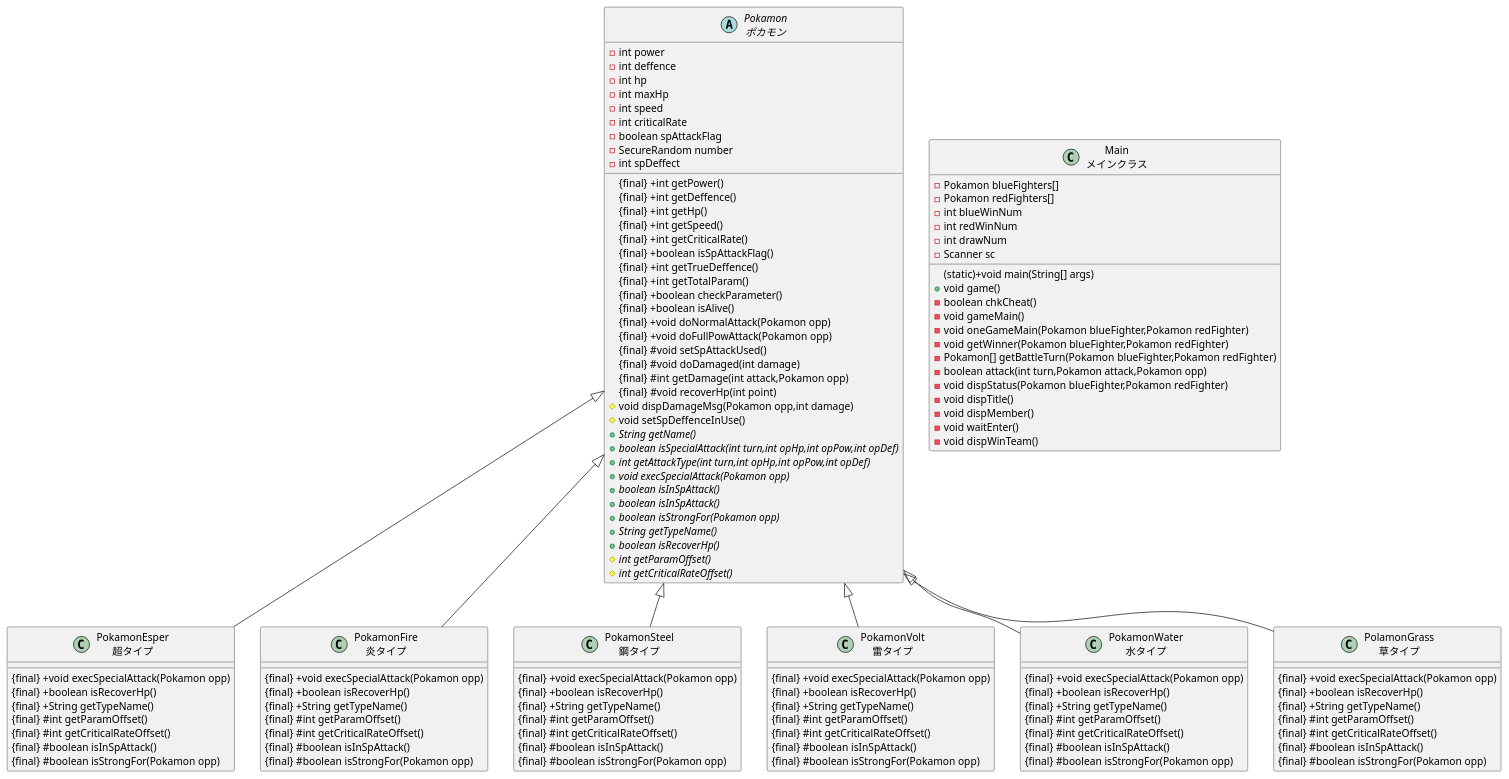
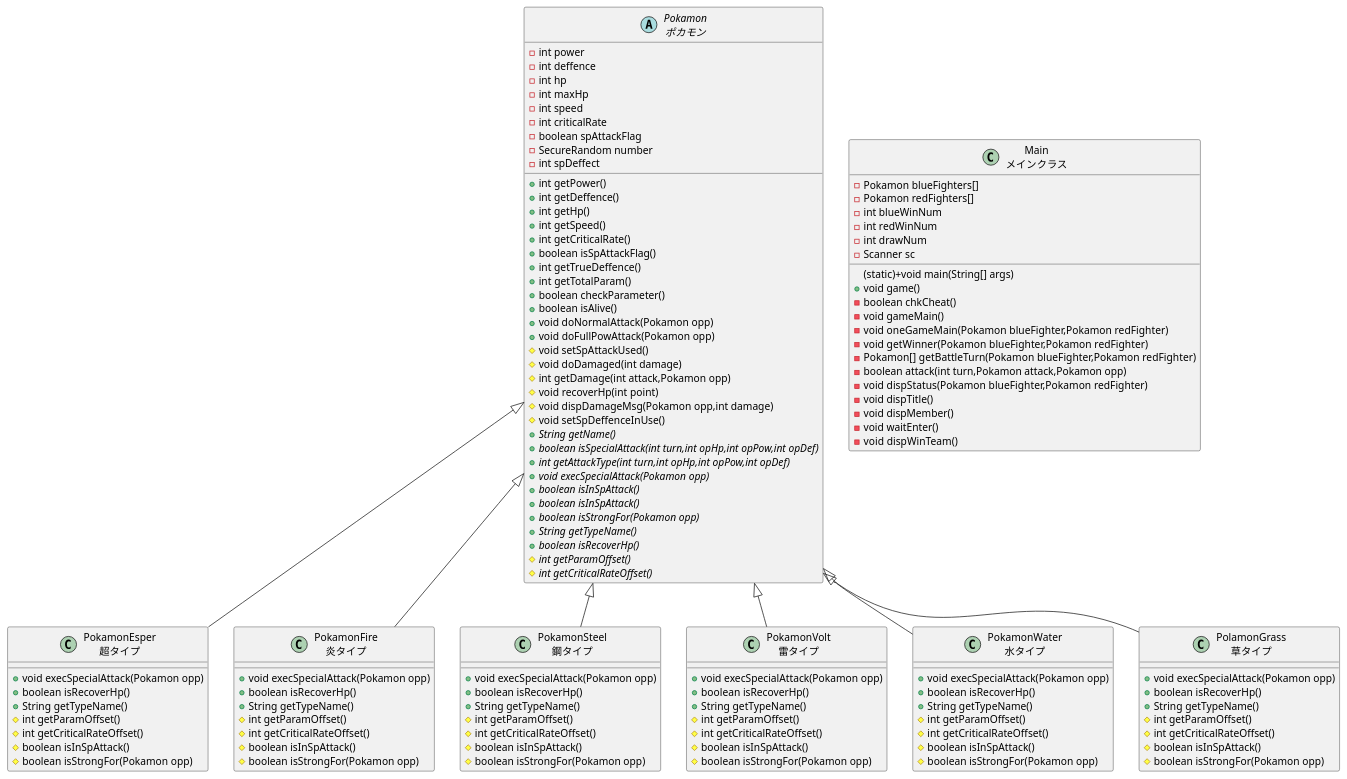
Before and after one commit to nishino-naoyuki/2021design: the diagram in Pokamon.md, drawn with PlantUML.

```diff
--- a/Pokamon.md
+++ b/Pokamon.md
@@ -10,22 +10,22 @@
   -boolean spAttackFlag
   -SecureRandom number
   -int spDeffect
-  {final} +int getPower()
-  {final} +int getDeffence()
-  {final} +int getHp()
-  {final} +int getSpeed()
-  {final} +int getCriticalRate()
-  {final} +boolean isSpAttackFlag()
-  {final} +int getTrueDeffence()
-  {final} +int getTotalParam()
-  {final} +boolean checkParameter()
-  {final} +boolean isAlive()
-  {final} +void doNormalAttack(Pokamon opp)
-  {final} +void doFullPowAttack(Pokamon opp)
-  {final} #void setSpAttackUsed()
-  {final} #void doDamaged(int damage)
-  {final} #int getDamage(int attack,Pokamon opp)
-  {final} #void recoverHp(int point)
+  +int getPower()
+  +int getDeffence()
+  +int getHp()
+  +int getSpeed()
+  +int getCriticalRate()
+  +boolean isSpAttackFlag()
+  +int getTrueDeffence()
+  +int getTotalParam()
+  +boolean checkParameter()
+  +boolean isAlive()
+  +void doNormalAttack(Pokamon opp)
+  +void doFullPowAttack(Pokamon opp)
+  #void setSpAttackUsed()
+  #void doDamaged(int damage)
+  #int getDamage(int attack,Pokamon opp)
+  #void recoverHp(int point)
   #void dispDamageMsg(Pokamon opp,int damage)
   #void setSpDeffenceInUse()
   {abstract} +String getName()
@@ -42,63 +42,63 @@
 }
 
 class "PokamonEsper\n超タイプ" as pokamonEsper{
-  {final} +void execSpecialAttack(Pokamon opp)
-  {final} +boolean isRecoverHp()
-  {final} +String getTypeName()
-  {final} #int getParamOffset()
-  {final} #int getCriticalRateOffset()
-  {final} #boolean isInSpAttack()
-  {final} #boolean isStrongFor(Pokamon opp)
+  +void execSpecialAttack(Pokamon opp)
+  +boolean isRecoverHp()
+  +String getTypeName()
+  #int getParamOffset()
+  #int getCriticalRateOffset()
+  #boolean isInSpAttack()
+  #boolean isStrongFor(Pokamon opp)
 }
 
 class "PokamonFire\n炎タイプ" as pokamonFire{
-  {final} +void execSpecialAttack(Pokamon opp)
-  {final} +boolean isRecoverHp()
-  {final} +String getTypeName()
-  {final} #int getParamOffset()
-  {final} #int getCriticalRateOffset()
-  {final} #boolean isInSpAttack()
-  {final} #boolean isStrongFor(Pokamon opp)
+  +void execSpecialAttack(Pokamon opp)
+  +boolean isRecoverHp()
+  +String getTypeName()
+  #int getParamOffset()
+  #int getCriticalRateOffset()
+  #boolean isInSpAttack()
+  #boolean isStrongFor(Pokamon opp)
 }
 
 class "PokamonSteel\n鋼タイプ" as pokamonSteel{
-  {final} +void execSpecialAttack(Pokamon opp)
-  {final} +boolean isRecoverHp()
-  {final} +String getTypeName()
-  {final} #int getParamOffset()
-  {final} #int getCriticalRateOffset()
-  {final} #boolean isInSpAttack()
-  {final} #boolean isStrongFor(Pokamon opp)
+  +void execSpecialAttack(Pokamon opp)
+  +boolean isRecoverHp()
+  +String getTypeName()
+  #int getParamOffset()
+  #int getCriticalRateOffset()
+  #boolean isInSpAttack()
+  #boolean isStrongFor(Pokamon opp)
 }
 
 class "PokamonVolt\n雷タイプ" as pokamonVolt{
-  {final} +void execSpecialAttack(Pokamon opp)
-  {final} +boolean isRecoverHp()
-  {final} +String getTypeName()
-  {final} #int getParamOffset()
-  {final} #int getCriticalRateOffset()
-  {final} #boolean isInSpAttack()
-  {final} #boolean isStrongFor(Pokamon opp)
+  +void execSpecialAttack(Pokamon opp)
+  +boolean isRecoverHp()
+  +String getTypeName()
+  #int getParamOffset()
+  #int getCriticalRateOffset()
+  #boolean isInSpAttack()
+  #boolean isStrongFor(Pokamon opp)
 }
 
 class "PokamonWater\n水タイプ" as pokamonWater{
-  {final} +void execSpecialAttack(Pokamon opp)
-  {final} +boolean isRecoverHp()
-  {final} +String getTypeName()
-  {final} #int getParamOffset()
-  {final} #int getCriticalRateOffset()
-  {final} #boolean isInSpAttack()
-  {final} #boolean isStrongFor(Pokamon opp)
+  +void execSpecialAttack(Pokamon opp)
+  +boolean isRecoverHp()
+  +String getTypeName()
+  #int getParamOffset()
+  #int getCriticalRateOffset()
+  #boolean isInSpAttack()
+  #boolean isStrongFor(Pokamon opp)
 }
 
 class "PolamonGrass\n草タイプ" as polamonGrass{
-  {final} +void execSpecialAttack(Pokamon opp)
-  {final} +boolean isRecoverHp()
-  {final} +String getTypeName()
-  {final} #int getParamOffset()
-  {final} #int getCriticalRateOffset()
-  {final} #boolean isInSpAttack()
-  {final} #boolean isStrongFor(Pokamon opp)
+  +void execSpecialAttack(Pokamon opp)
+  +boolean isRecoverHp()
+  +String getTypeName()
+  #int getParamOffset()
+  #int getCriticalRateOffset()
+  #boolean isInSpAttack()
+  #boolean isStrongFor(Pokamon opp)
 }
 
 class "Main\nメインクラス" as main{
```
